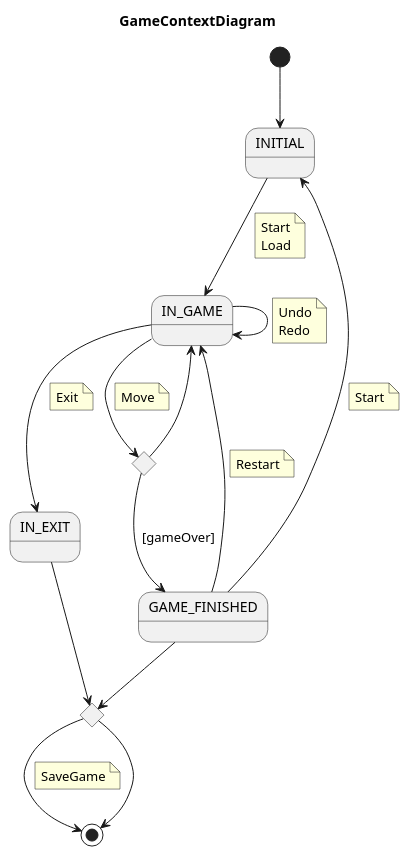
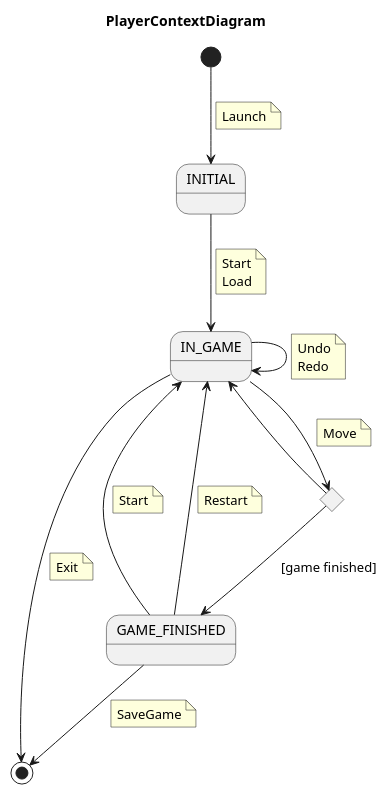
The diagram in docs/src/use-cases/context/game-context.plantuml (Master-Desarrollo-20-21/patrones-diseno---practica-final---juego-de-las-damas-fraylopez), drawn with PlantUML before and after one commit. The commit also changed 6 other files, not shown here.

Commit message:
update on diagrams

```diff
--- a/docs/src/use-cases/context/game-context.plantuml
+++ b/docs/src/use-cases/context/game-context.plantuml
@@ -1,54 +1,52 @@
-@startuml GameContextDiagram
-title GameContextDiagram
+@startuml PlayerContextDiagram
+title PlayerContextDiagram
 state INITIAL
 state IN_GAME
 state GAME_FINISHED
-state IN_EXIT
 
 state IF <<choice>>
-state IF2 <<choice>>
 
 [*] --> INITIAL
+note on link
+    Launch
+end note
 
 INITIAL --> IN_GAME
     note on link
         Start
         Load
     end note
 IN_GAME --> IN_GAME
     note on link
         Undo
         Redo
         ' Resume
     end note
+GAME_FINISHED --> IN_GAME
+    note on link
+        Start
+    end note
 
-IN_GAME --> IF2
+GAME_FINISHED --> IN_GAME
+    note on link
+        Restart
+    end note
+IN_GAME --> IF
     note on link
         Move
     end note
 
-IF2 --> IN_GAME
-IF2 --> GAME_FINISHED: [gameOver]
+IF --> IN_GAME
+IF --> GAME_FINISHED: [game finished]
 
-IN_GAME --> IN_EXIT
+IN_GAME --> [*]
     note on link
         Exit
     end note
-IN_EXIT -->IF
-IF -->[*]
+
+
+GAME_FINISHED --> [*]
     note on link
         SaveGame
     end note
-
-IF --> [*]
-
-GAME_FINISHED --> INITIAL
-    note on link
-        Start
-    end note
-GAME_FINISHED --> IN_GAME
-    note on link
-        Restart
-    end note
-GAME_FINISHED --> IF
 @enduml
```
